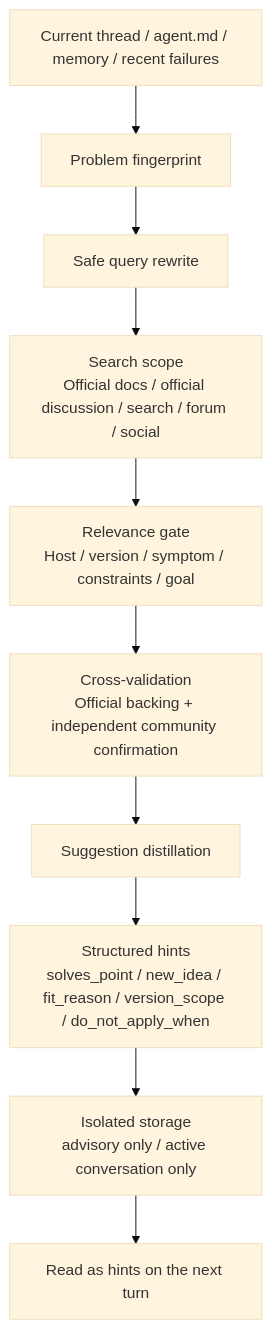
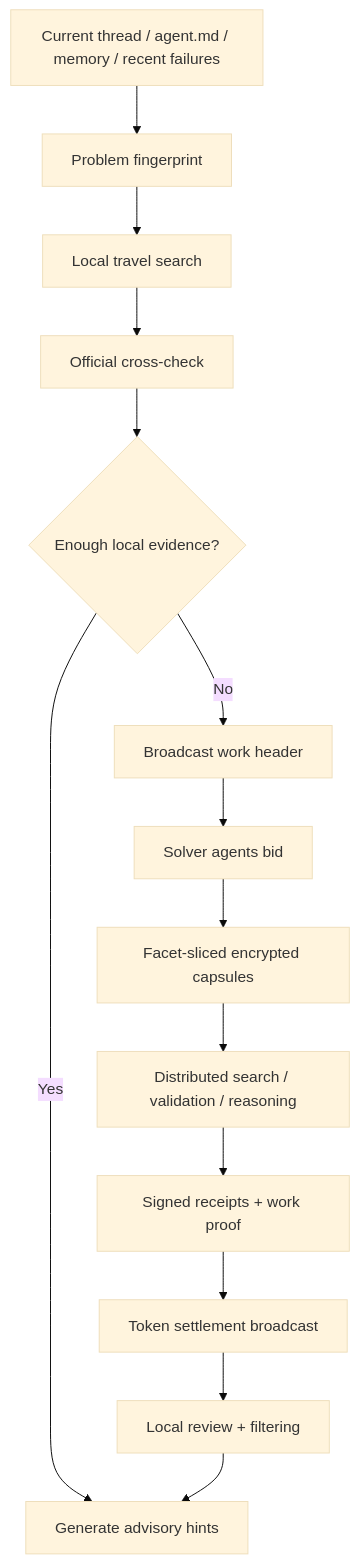
One commit to gongyu0918-debug/agent-compute-mesh changed the diagram in README.en.md. Above: the diagram before and after it, drawn with Mermaid (base theme). The commit also changed other lines of this file and 18 other files, not shown here.

````diff
--- a/README.en.md
+++ b/README.en.md
@@ -19,12 +19,16 @@
 ```mermaid
 flowchart TD
     A["Current thread / agent.md / memory / recent failures"] --> B["Problem fingerprint"]
-    B --> C["Safe query rewrite"]
-    C --> D["Search scope<br/>Official docs / official discussion / search / forum / social"]
-    D --> E["Relevance gate<br/>Host / version / symptom / constraints / goal"]
-    E --> F["Cross-validation<br/>Official backing + independent community confirmation"]
-    F --> G["Suggestion distillation"]
-    G --> H["Structured hints<br/>solves_point / new_idea / fit_reason / version_scope / do_not_apply_when"]
-    H --> I["Isolated storage<br/>advisory only / active conversation only"]
-    I --> J["Read as hints on the next turn"]
+    B --> C["Local travel search"]
+    C --> D["Official cross-check"]
+    D --> E{"Enough local evidence?"}
+    E -->|Yes| F["Generate advisory hints"]
+    E -->|No| G["Broadcast work header"]
+    G --> H["Solver agents bid"]
+    H --> I["Facet-sliced encrypted capsules"]
+    I --> J["Distributed search / validation / reasoning"]
+    J --> K["Signed receipts + work proof"]
+    K --> L["Token settlement broadcast"]
+    L --> M["Local review + filtering"]
+    M --> F["Generate advisory hints"]
 ```
````
